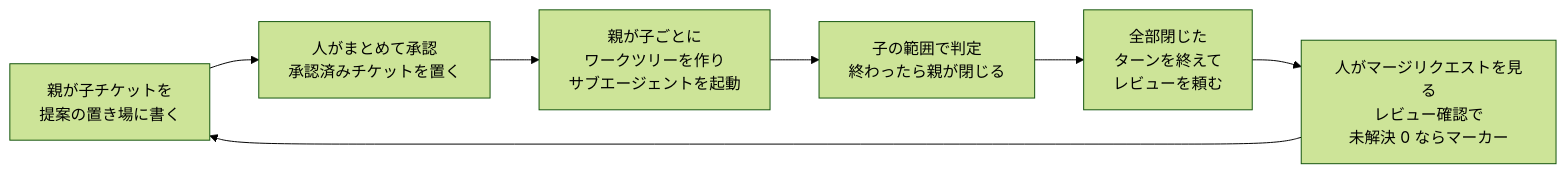
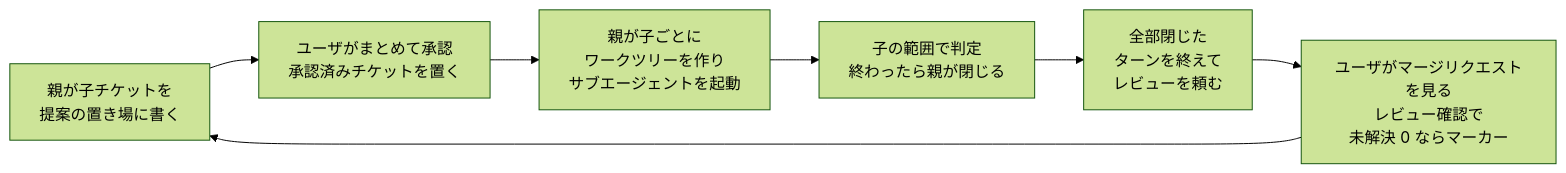
The fourth of 4 diagrams in requirements.md (yuki-matsu783/ccnavi), drawn with Mermaid (forest theme) before and after one commit. The commit also changed other lines of this file and 320 other files, not shown here.

````diff
--- a/requirements.md
+++ b/requirements.md
@@ -625,9 +625,9 @@
 ```mermaid
 flowchart LR
-  A[親が子チケットを<br/>提案の置き場に書く] --> B[人がまとめて承認<br/>承認済みチケットを置く]
+  A[親が子チケットを<br/>提案の置き場に書く] --> B[ユーザがまとめて承認<br/>承認済みチケットを置く]
   B --> C[親が子ごとに<br/>ワークツリーを作り<br/>サブエージェントを起動]
   C --> D[子の範囲で判定<br/>終わったら親が閉じる]
   D --> E[全部閉じた<br/>ターンを終えて<br/>レビューを頼む]
-  E --> F[人がマージリクエストを見る<br/>レビュー確認で<br/>未解決 0 ならマーカー]
+  E --> F[ユーザがマージリクエストを見る<br/>レビュー確認で<br/>未解決 0 ならマーカー]
   F --> A
 ```
````
